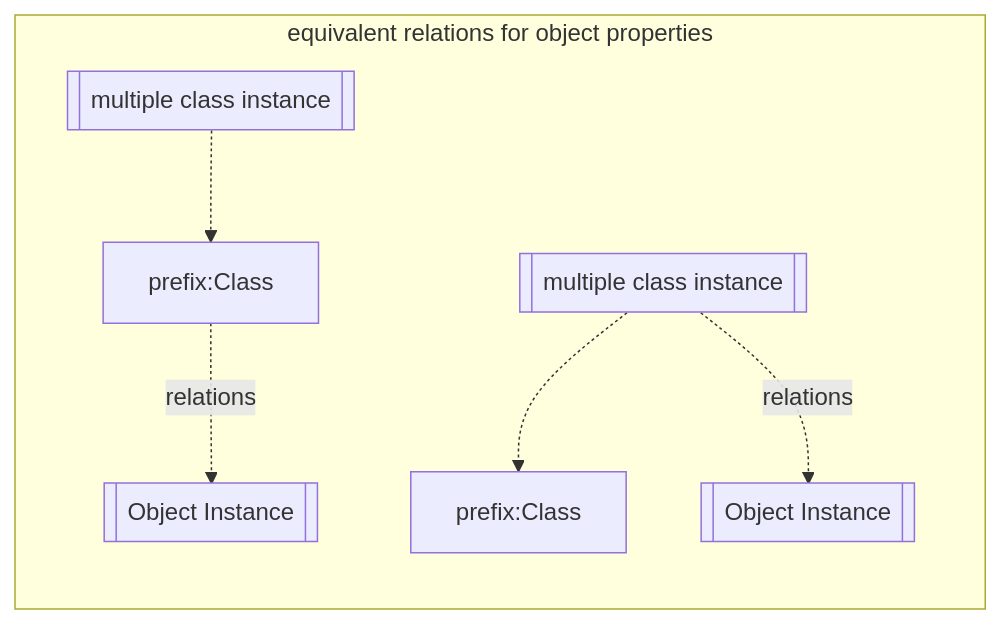
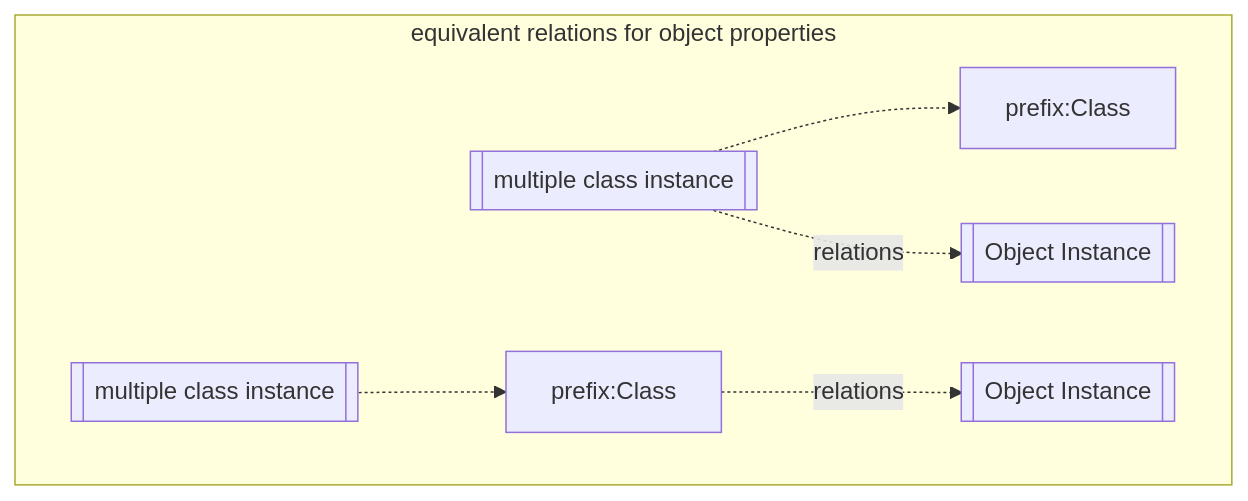
The fourth of 16 diagrams in JPS_Ontology/ontology/ontoservice/README.md (cambridge-cares/TheWorldAvatar), drawn with Mermaid before and after one commit. The commit also changed other lines of this file and 2 other files, not shown here.

````diff
--- a/JPS_Ontology/ontology/ontoservice/README.md
+++ b/JPS_Ontology/ontology/ontoservice/README.md
@@ -64,10 +64,11 @@
 ```mermaid
 flowchart LR
     subgraph equivalent relations for object properties
+    direction LR
+    multiinstance[[multiple class instance]] -.->  clazz2[prefix:Class]
+    multiinstance -. relations .-> objInst2[[Object Instance]]
+
     instance[[multiple class instance]] -.->  clazz[prefix:Class]
     clazz -. relations .-> objInst[[Object Instance]]
-
-    multiinstance[[multiple class instance]] -.->  clazz2[prefix:Class]
-    multiinstance -. relations .-> objInst2[[Object Instance]]
     end
 ```
````
